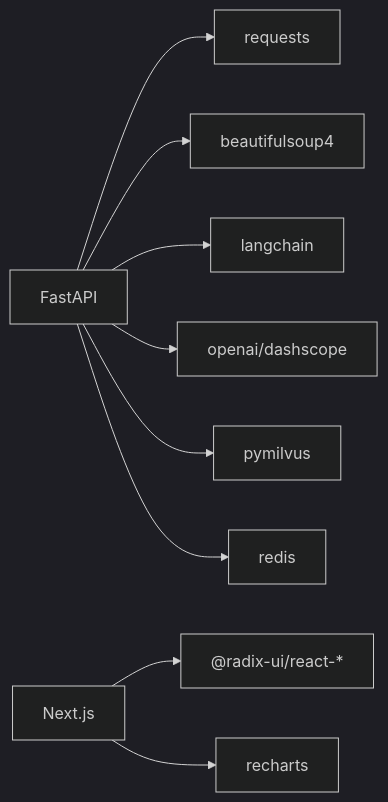
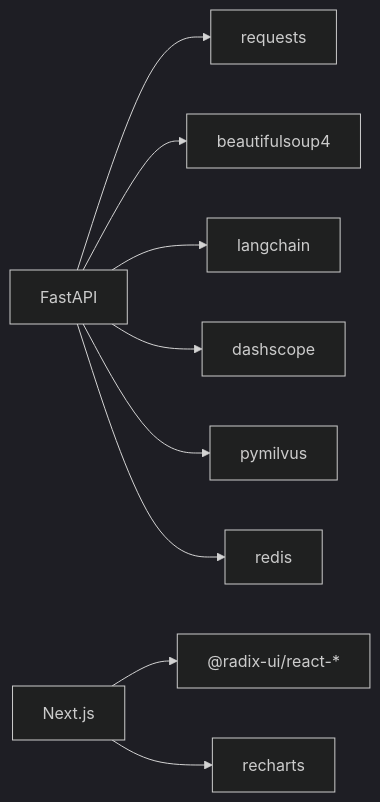
Before and after one commit to ghbbn053-ship-itsoulddog/soulddog: the fifth of 5 diagrams in .qoder/repowiki/zh/content/开发指南/调试工具/调试工具.md, drawn with Mermaid (dark theme). The commit also changed other lines of this file and 5 other files, not shown here.

````diff
--- a/.qoder/repowiki/zh/content/开发指南/调试工具/调试工具.md
+++ b/.qoder/repowiki/zh/content/开发指南/调试工具/调试工具.md
@@ -241,11 +320,11 @@
 ```mermaid
 graph LR
 FastAPI["FastAPI"] --> Requests["requests"]
 FastAPI --> BS4["beautifulsoup4"]
 FastAPI --> LangChain["langchain"]
-FastAPI --> OpenAI["openai/dashscope"]
+FastAPI --> DashScope["dashscope"]
 FastAPI --> Milvus["pymilvus"]
 FastAPI --> Redis["redis"]
 Next["Next.js"] --> Radix["@radix-ui/react-*"]
 Next --> Recharts["recharts"]
 ```
````
